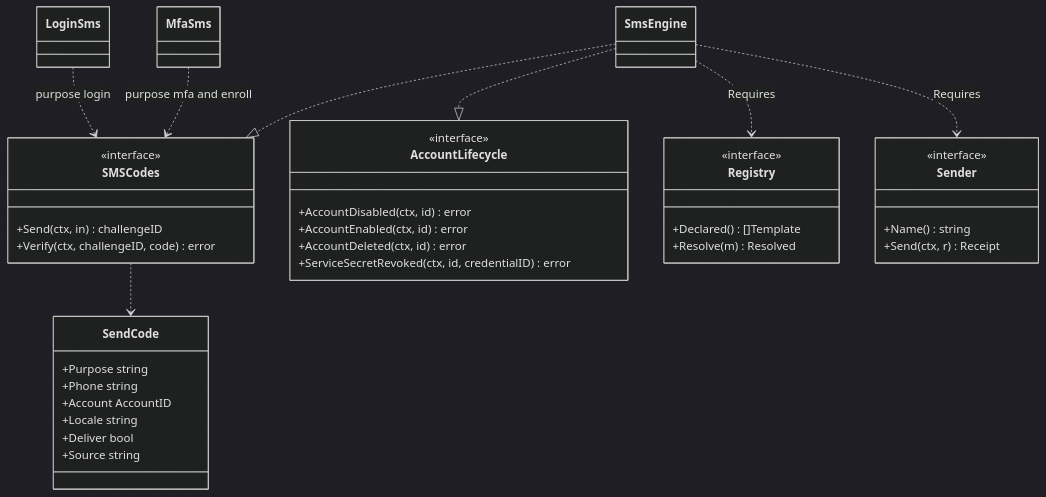
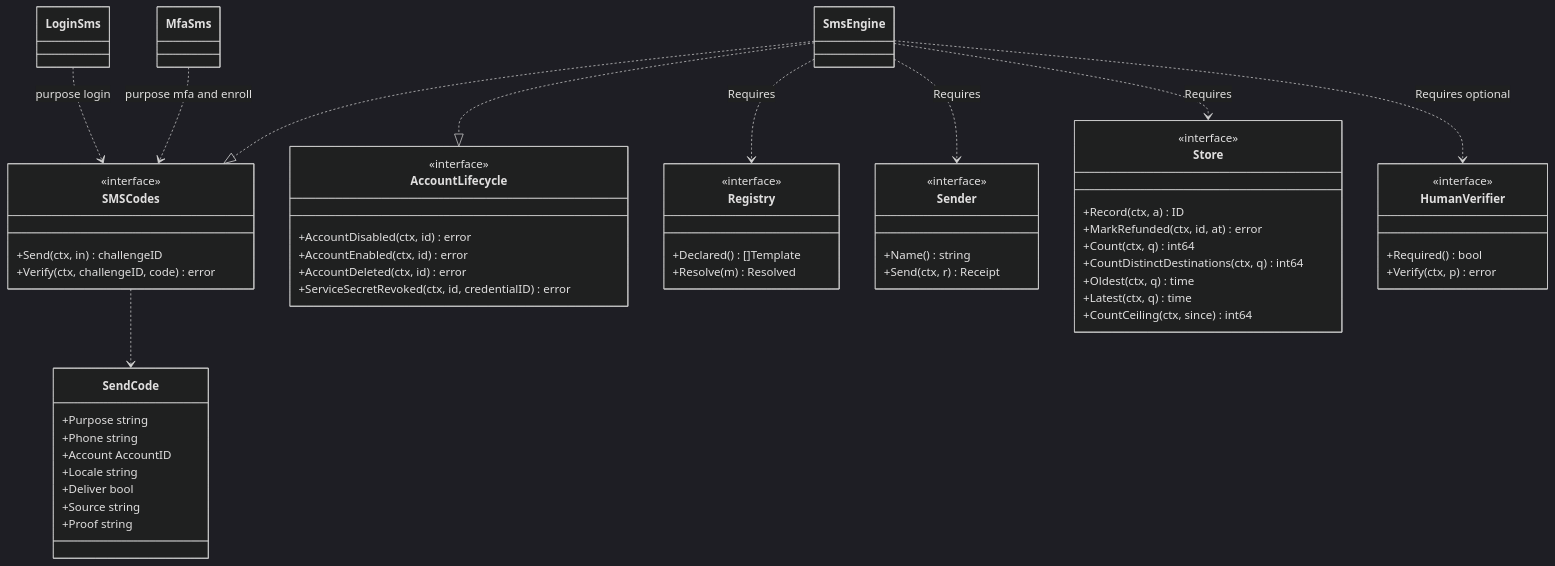
The first of 4 diagrams in docs/design/modules/authn/design-authn-sms.md (wangzw/speed), drawn with Mermaid (dark theme) before and after one commit. The commit also changed other lines of this file and 19 other files, not shown here.

First line of the commit message:
docs(repo): record the SMS abuse redesign

````diff
--- a/docs/design/modules/authn/design-authn-sms.md
+++ b/docs/design/modules/authn/design-authn-sms.md
@@ -155,43 +170,61 @@
 ```mermaid
 classDiagram
     class SMSCodes {
         <<interface>>
         +Send(ctx, in) challengeID
         +Verify(ctx, challengeID, code) error
     }
     class AccountLifecycle {
         <<interface>>
         +AccountDisabled(ctx, id) error
         +AccountEnabled(ctx, id) error
         +AccountDeleted(ctx, id) error
         +ServiceSecretRevoked(ctx, id, credentialID) error
     }
     class Registry {
         <<interface>>
         +Declared() []Template
         +Resolve(m) Resolved
     }
     class Sender {
         <<interface>>
         +Name() string
         +Send(ctx, r) Receipt
     }
+    class Store {
+        <<interface>>
+        +Record(ctx, a) ID
+        +MarkRefunded(ctx, id, at) error
+        +Count(ctx, q) int64
+        +CountDistinctDestinations(ctx, q) int64
+        +Oldest(ctx, q) time
+        +Latest(ctx, q) time
+        +CountCeiling(ctx, since) int64
+    }
+    class HumanVerifier {
+        <<interface>>
+        +Required() bool
+        +Verify(ctx, p) error
+    }
     class SendCode {
         +Purpose string
         +Phone string
         +Account AccountID
         +Locale string
         +Deliver bool
         +Source string
+        +Proof string
     }
     class SmsEngine
     class LoginSms
     class MfaSms
     SmsEngine ..|> SMSCodes
     SmsEngine ..|> AccountLifecycle
     SmsEngine ..> Registry : Requires
     SmsEngine ..> Sender : Requires
+    SmsEngine ..> Store : Requires
+    SmsEngine ..> HumanVerifier : Requires optional
     LoginSms ..> SMSCodes : purpose login
     MfaSms ..> SMSCodes : purpose mfa and enroll
     SMSCodes ..> SendCode
 ```
````
